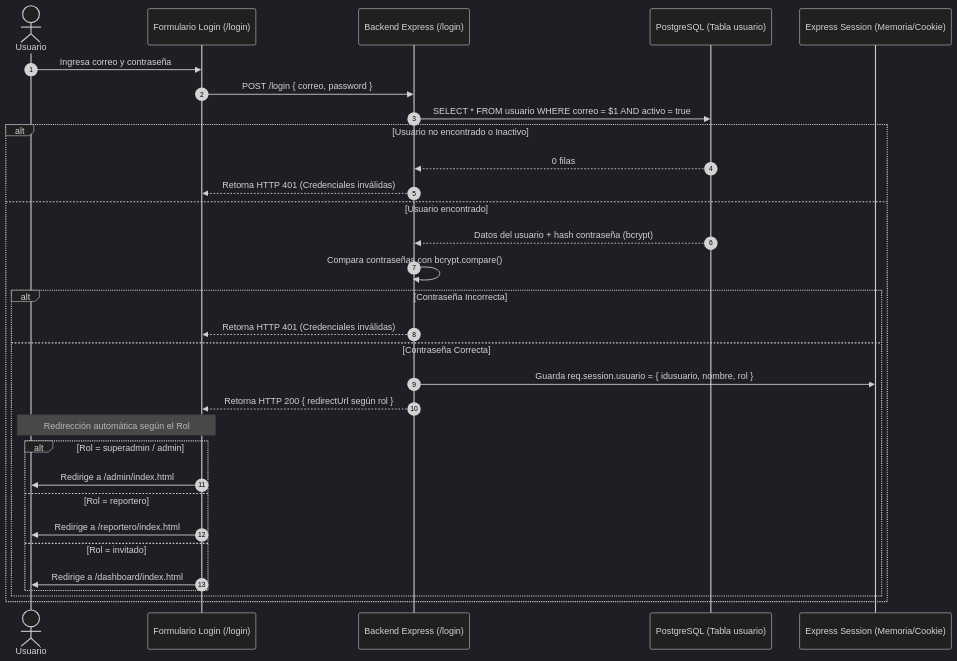
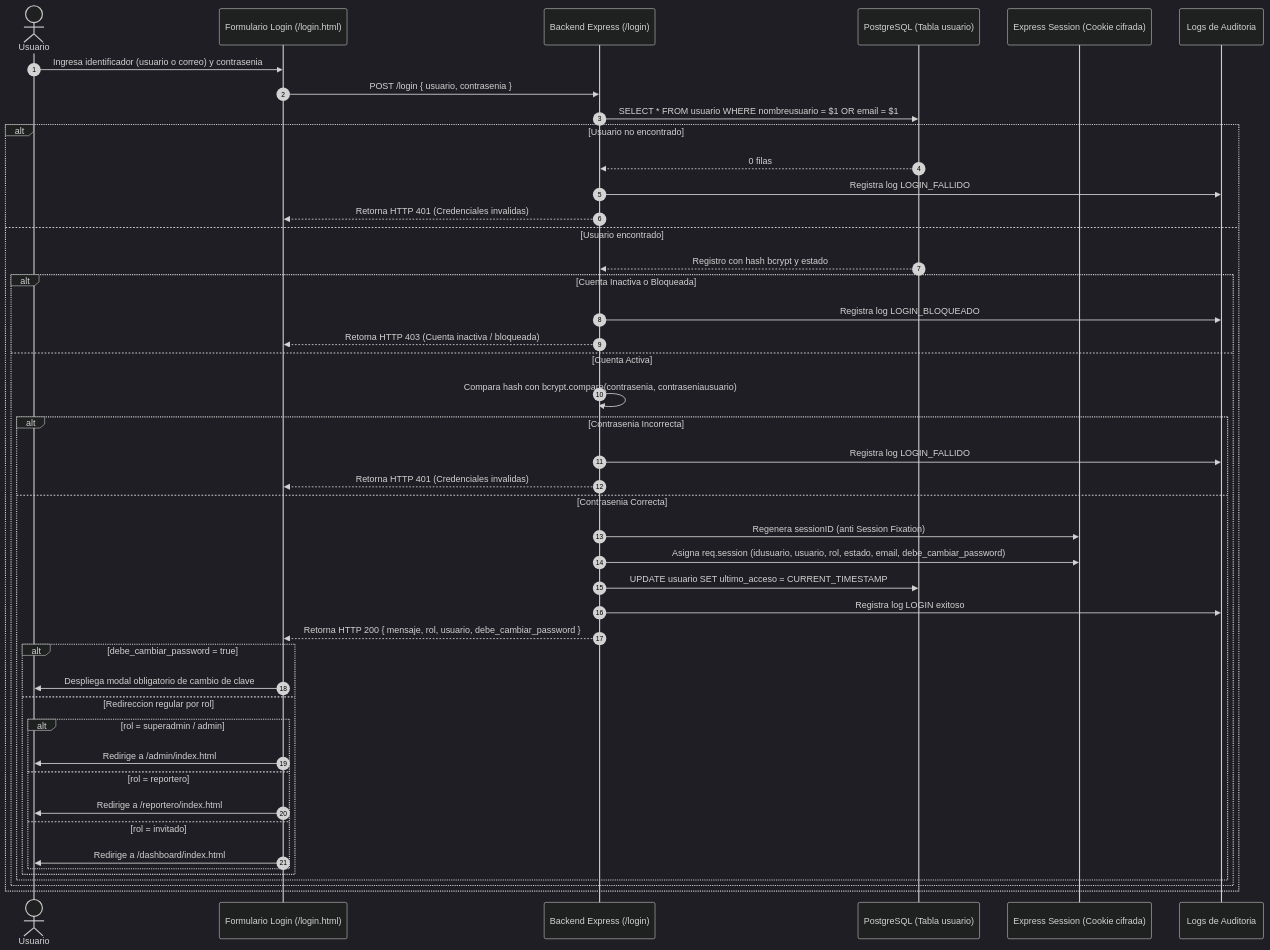
The diagram in documentacion/01_autenticacion_y_usuarios.md (DF-VeraP/SIGI), drawn with Mermaid (dark theme) before and after one commit. The commit also changed other lines of this file and 50 other files, not shown here.

````diff
--- a/documentacion/01_autenticacion_y_usuarios.md
+++ b/documentacion/01_autenticacion_y_usuarios.md
@@ -26,37 +26,52 @@
 ```mermaid
 sequenceDiagram
     autonumber
     actor U as Usuario
-    participant F as Formulario Login (/login)
+    participant F as Formulario Login (/login.html)
     participant B as Backend Express (/login)
     participant DB as PostgreSQL (Tabla usuario)
-    participant S as Express Session (Memoria/Cookie)
+    participant S as Express Session (Cookie cifrada)
+    participant A as Logs de Auditoria
 
-    U->>F: Ingresa correo y contraseña
-    F->>B: POST /login { correo, password }
-    B->>DB: SELECT * FROM usuario WHERE correo = $1 AND activo = true
-    
-    alt Usuario no encontrado o Inactivo
+    U->>F: Ingresa identificador (usuario o correo) y contrasenia
+    F->>B: POST /login { usuario, contrasenia }
+    B->>DB: SELECT * FROM usuario WHERE nombreusuario = $1 OR email = $1
+
+    alt Usuario no encontrado
         DB-->>B: 0 filas
-        B-->>F: Retorna HTTP 401 (Credenciales inválidas)
+        B->>A: Registra log LOGIN_FALLIDO
+        B-->>F: Retorna HTTP 401 (Credenciales invalidas)
     else Usuario encontrado
-        DB-->>B: Datos del usuario + hash contraseña (bcrypt)
-        B->>B: Compara contraseñas con bcrypt.compare()
+        DB-->>B: Registro con hash bcrypt y estado
         
-        alt Contraseña Incorrecta
-            B-->>F: Retorna HTTP 401 (Credenciales inválidas)
-        else Contraseña Correcta
-            B->>S: Guarda req.session.usuario = { idusuario, nombre, rol }
-            B-->>F: Retorna HTTP 200 { redirectUrl según rol }
+        alt Cuenta Inactiva o Bloqueada
+            B->>A: Registra log LOGIN_BLOQUEADO
+            B-->>F: Retorna HTTP 403 (Cuenta inactiva / bloqueada)
+        else Cuenta Activa
+            B->>B: Compara hash con bcrypt.compare(contrasenia, contraseniausuario)
             
-            note over F, U: Redirección automática según el Rol
-            alt Rol = superadmin / admin
-                F->>U: Redirige a /admin/index.html
-            else Rol = reportero
-                F->>U: Redirige a /reportero/index.html
-            else Rol = invitado
-                F->>U: Redirige a /dashboard/index.html
+            alt Contrasenia Incorrecta
+                B->>A: Registra log LOGIN_FALLIDO
+                B-->>F: Retorna HTTP 401 (Credenciales invalidas)
+            else Contrasenia Correcta
+                B->>S: Regenera sessionID (anti Session Fixation)
+                B->>S: Asigna req.session (idusuario, usuario, rol, estado, email, debe_cambiar_password)
+                B->>DB: UPDATE usuario SET ultimo_acceso = CURRENT_TIMESTAMP
+                B->>A: Registra log LOGIN exitoso
+                B-->>F: Retorna HTTP 200 { mensaje, rol, usuario, debe_cambiar_password }
+                
+                alt debe_cambiar_password = true
+                    F->>U: Despliega modal obligatorio de cambio de clave
+                else Redireccion regular por rol
+                    alt rol = superadmin / admin
+                        F->>U: Redirige a /admin/index.html
+                    else rol = reportero
+                        F->>U: Redirige a /reportero/index.html
+                    else rol = invitado
+                        F->>U: Redirige a /dashboard/index.html
+                    end
+                end
             end
         end
     end
 ```
````
